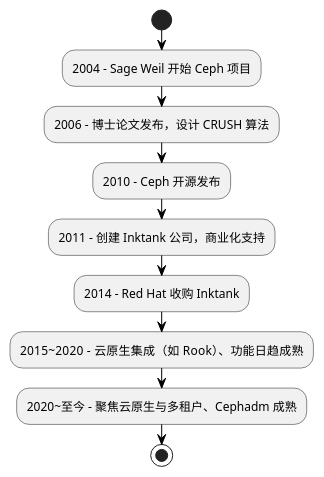
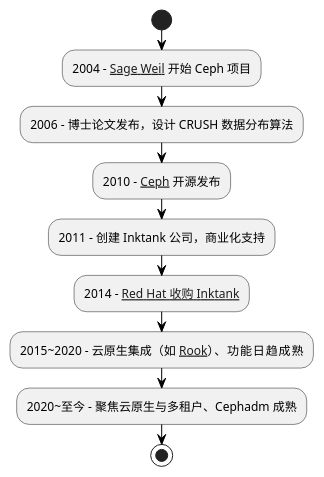
Before and after one commit to holmofy/blog.hufeifei.cn: the diagram in source/_posts/Distribution/ceph.md, drawn with PlantUML. The commit also changed other lines of this file, not shown here.

````diff
--- a/source/_posts/Distribution/ceph.md
+++ b/source/_posts/Distribution/ceph.md
@@ -40,18 +40,18 @@
 ```plantuml
 @startuml
 skinparam monochrome true
 skinparam defaultFontName "SansSerif"
 skinparam ArrowColor Black
 skinparam FontSize 14
 
 start
-:2004 - Sage Weil 开始 Ceph 项目;
-:2006 - 博士论文发布，设计 CRUSH 算法;
-:2010 - Ceph 开源发布;
+:2004 - [[https://github.com/liewegas Sage Weil]] 开始 Ceph 项目;
+:2006 - 博士论文发布，设计 CRUSH 数据分布算法;
+:2010 - [[https://github.com/ceph/ceph Ceph]] 开源发布;
 :2011 - 创建 Inktank 公司，商业化支持;
-:2014 - Red Hat 收购 Inktank;
-:2015~2020 - 云原生集成（如 Rook）、功能日趋成熟;
+:2014 - [[https://ceph.io/en/news/blog/2014/red-hat-to-acquire-inktank/ Red Hat 收购 Inktank]];
+:2015~2020 - 云原生集成（如 [[https://github.com/rook/rook Rook]]）、功能日趋成熟;
 :2020~至今 - 聚焦云原生与多租户、Cephadm 成熟;
 stop
 @enduml
 ```
````
